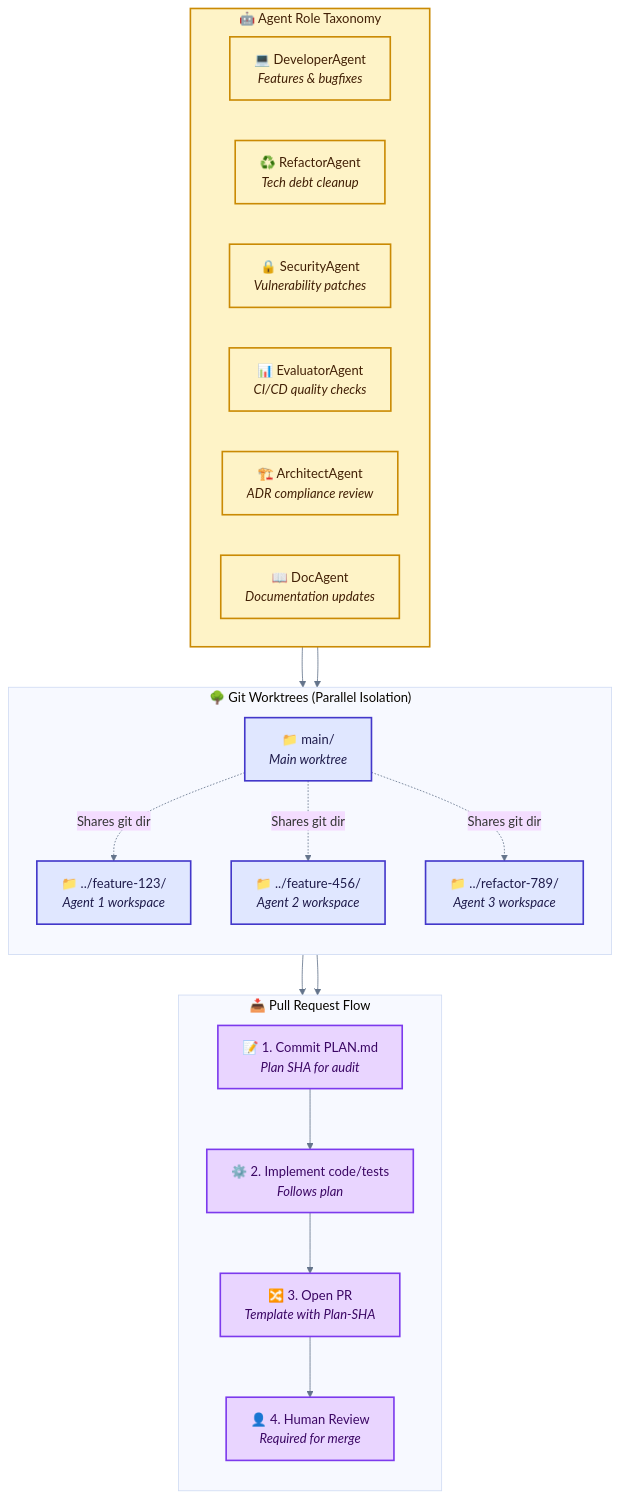
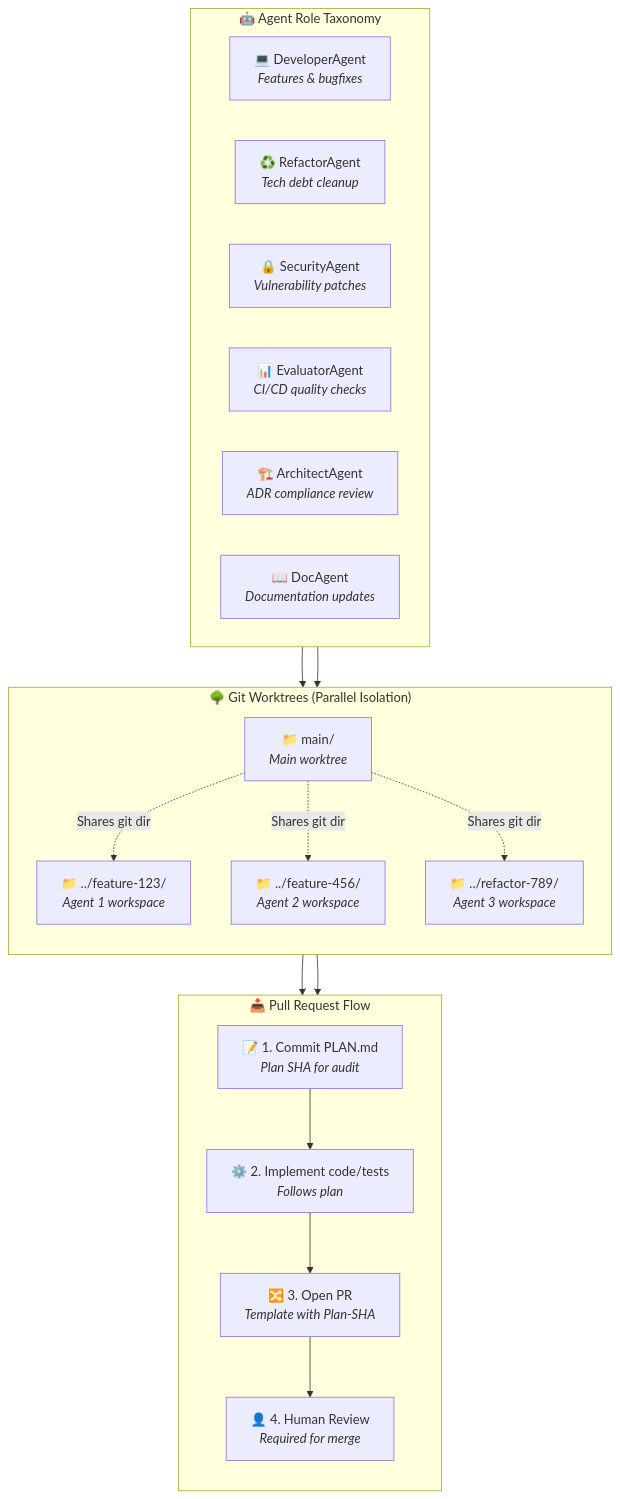
Before and after one commit to donbr/github-agentic-om: the fifth of 8 diagrams in github-native-operating-model.md, drawn with Mermaid. The commit also changed other lines of this file, not shown here.

````diff
--- a/github-native-operating-model.md
+++ b/github-native-operating-model.md
@@ -326,50 +286,39 @@
 ```mermaid
-%%{init: {"theme":"base", "themeVariables": {"lineColor":"#64748B","primaryBorderColor":"#64748B","textColor":"#1E293B","background":"#FFFFFF"}}}%%
 flowchart TB
     subgraph AGENTS["🤖 Agent Role Taxonomy"]
         direction LR
         DEV["💻 DeveloperAgent<br/><i>Features & bugfixes</i>"]
         REFACTOR["♻️ RefactorAgent<br/><i>Tech debt cleanup</i>"]
         SECURITY["🔒 SecurityAgent<br/><i>Vulnerability patches</i>"]
         EVAL["📊 EvaluatorAgent<br/><i>CI/CD quality checks</i>"]
         ARCH["🏗️ ArchitectAgent<br/><i>ADR compliance review</i>"]
         DOC["📖 DocAgent<br/><i>Documentation updates</i>"]
     end
 
     subgraph WORKSPACE["🌳 Git Worktrees (Parallel Isolation)"]
         direction TB
         MAIN["📁 main/<br/><i>Main worktree</i>"]
         WT1["📁 ../feature-123/<br/><i>Agent 1 workspace</i>"]
         WT2["📁 ../feature-456/<br/><i>Agent 2 workspace</i>"]
         WT3["📁 ../refactor-789/<br/><i>Agent 3 workspace</i>"]
 
         MAIN-. Shares git dir .->WT1
         MAIN-. Shares git dir .->WT2
         MAIN-. Shares git dir .->WT3
     end
 
     subgraph PRFLOW["📥 Pull Request Flow"]
         direction TB
         PLAN["📝 1. Commit PLAN.md<br/><i>Plan SHA for audit</i>"]
         IMPL["⚙️ 2. Implement code/tests<br/><i>Follows plan</i>"]
         PR["🔀 3. Open PR<br/><i>Template with Plan-SHA</i>"]
         REVIEW["👤 4. Human Review<br/><i>Required for merge</i>"]
 
         PLAN --> IMPL --> PR --> REVIEW
     end
 
     DEV --> WT1
     REFACTOR --> WT2
     WT1 --> PLAN
     WT2 --> PLAN
-
-    classDef execution fill:#FEF3C7,stroke:#CA8A04,stroke-width:2px,color:#422006
-    classDef agent fill:#FEF3C7,stroke:#CA8A04,stroke-width:2px,color:#422006
-    classDef worktree fill:#E0E7FF,stroke:#4338CA,stroke-width:2px,color:#1E1B4B
-    classDef flow fill:#E9D5FF,stroke:#7C3AED,stroke-width:2px,color:#3B0764
-
-    class AGENTS execution
-    class DEV,REFACTOR,SECURITY,EVAL,ARCH,DOC agent
-    class MAIN,WT1,WT2,WT3 worktree
-    class PLAN,IMPL,PR,REVIEW flow
 ```
````
